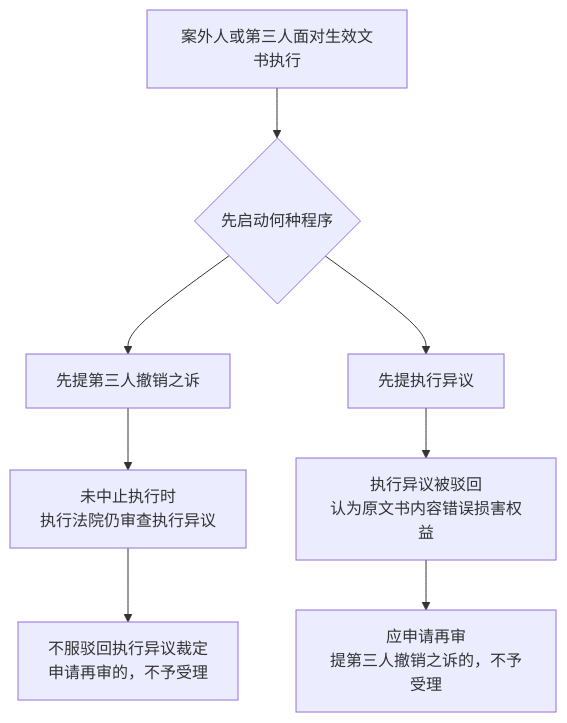
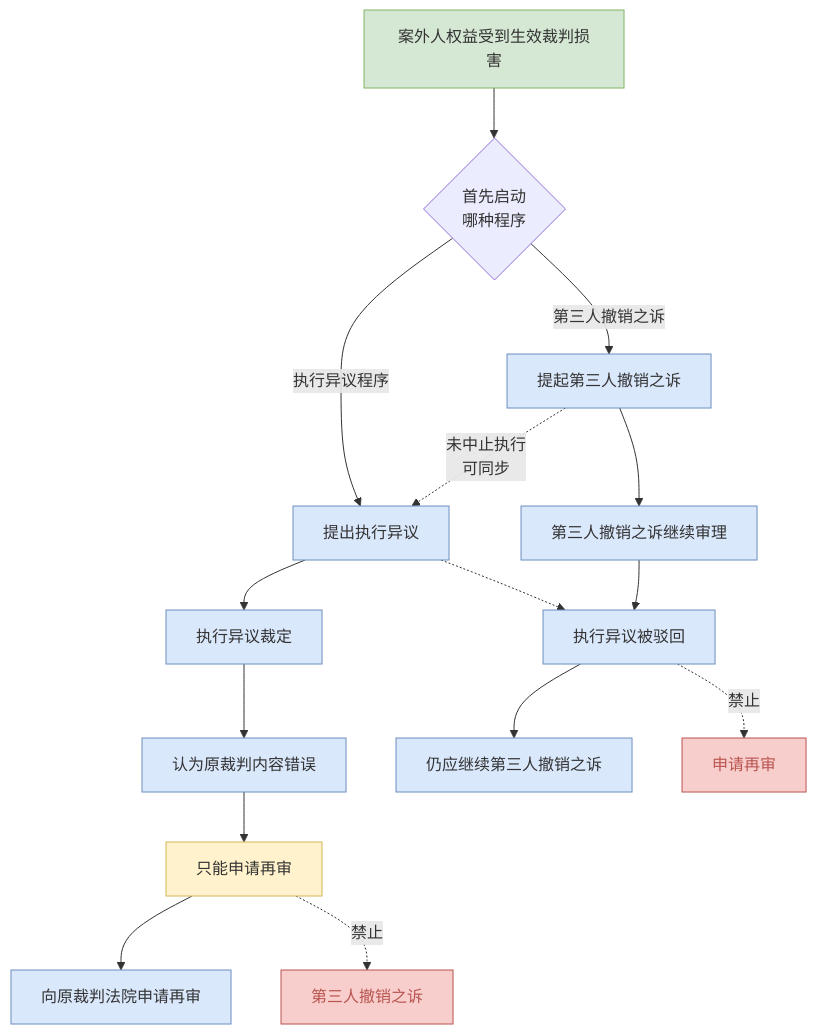
The fifth of 5 diagrams in content/法学/民商法/民事诉讼法/XV 第三人撤销之诉.md (chilly-chilli/ChillyChilli), drawn with Mermaid before and after one commit. The commit also changed other lines of this file and 11 other files, not shown here.

````diff
--- a/content/法学/民商法/民事诉讼法/XV 第三人撤销之诉.md
+++ b/content/法学/民商法/民事诉讼法/XV 第三人撤销之诉.md
@@ -244,10 +303,37 @@
 ```mermaid
-flowchart TB
-    A["案外人或第三人面对生效文书执行"] --> B{"先启动何种程序"}
-    B --> C["先提第三人撤销之诉"]
-    B --> D["先提执行异议"]
-    C --> C1["未中止执行时<br>执行法院仍审查执行异议"]
-    C1 --> C2["不服驳回执行异议裁定<br>申请再审的，不予受理"]
-    D --> D1["执行异议被驳回<br>认为原文书内容错误损害权益"]
-    D1 --> D2["应申请再审<br>提第三人撤销之诉的，不予受理"]
+flowchart TD
+
+    A["案外人权益受到生效裁判损害"]
+
+    A --> B{"首先启动<br>哪种程序"}
+
+    B -->|执行异议程序| C["提出执行异议"]
+    B -->|第三人撤销之诉| D["提起第三人撤销之诉"]-.未中止执行<br>可同步.->C
+
+    C --> E["执行异议裁定"]
+    E --> F["认为原裁判内容错误"]
+
+    F --> G["只能申请再审"]
+    G --> H["向原裁判法院申请再审"]
+
+    G -.禁止.-> I["第三人撤销之诉"]
+
+    D --> J["第三人撤销之诉继续审理"]
+
+	C-.->K
+    J --> K["执行异议被驳回"]
+
+    K --> L["仍应继续第三人撤销之诉"]
+
+    K -.禁止.-> M["申请再审"]
+
+    classDef start fill:#d5e8d4,stroke:#82b366;
+    classDef process fill:#dae8fc,stroke:#6c8ebf;
+    classDef result fill:#fff2cc,stroke:#d6b656;
+    classDef forbid fill:#f8cecc,stroke:#b85450,color:#b85450;
+
+    class A start;
+    class C,D,E,F,H,J,K,L process;
+    class G result;
+    class I,M forbid;
 ```
````
